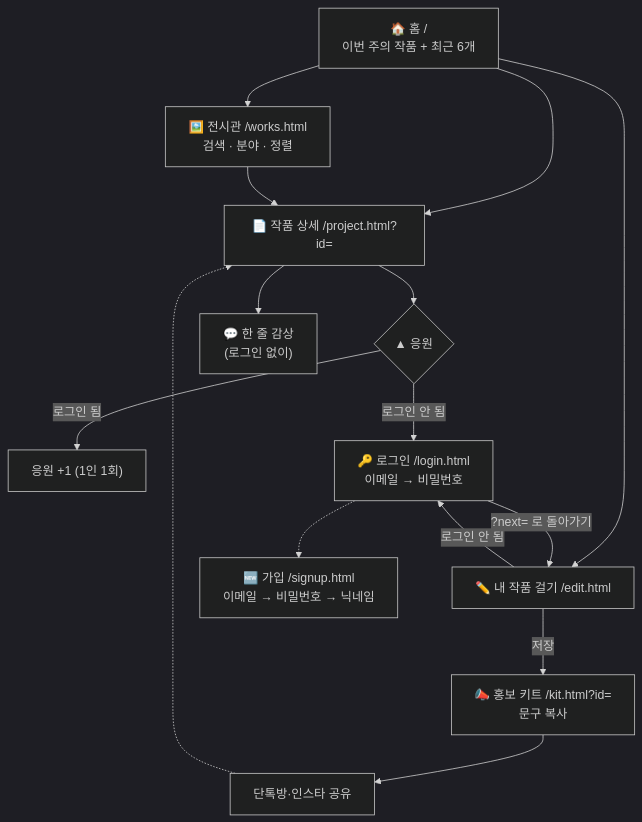
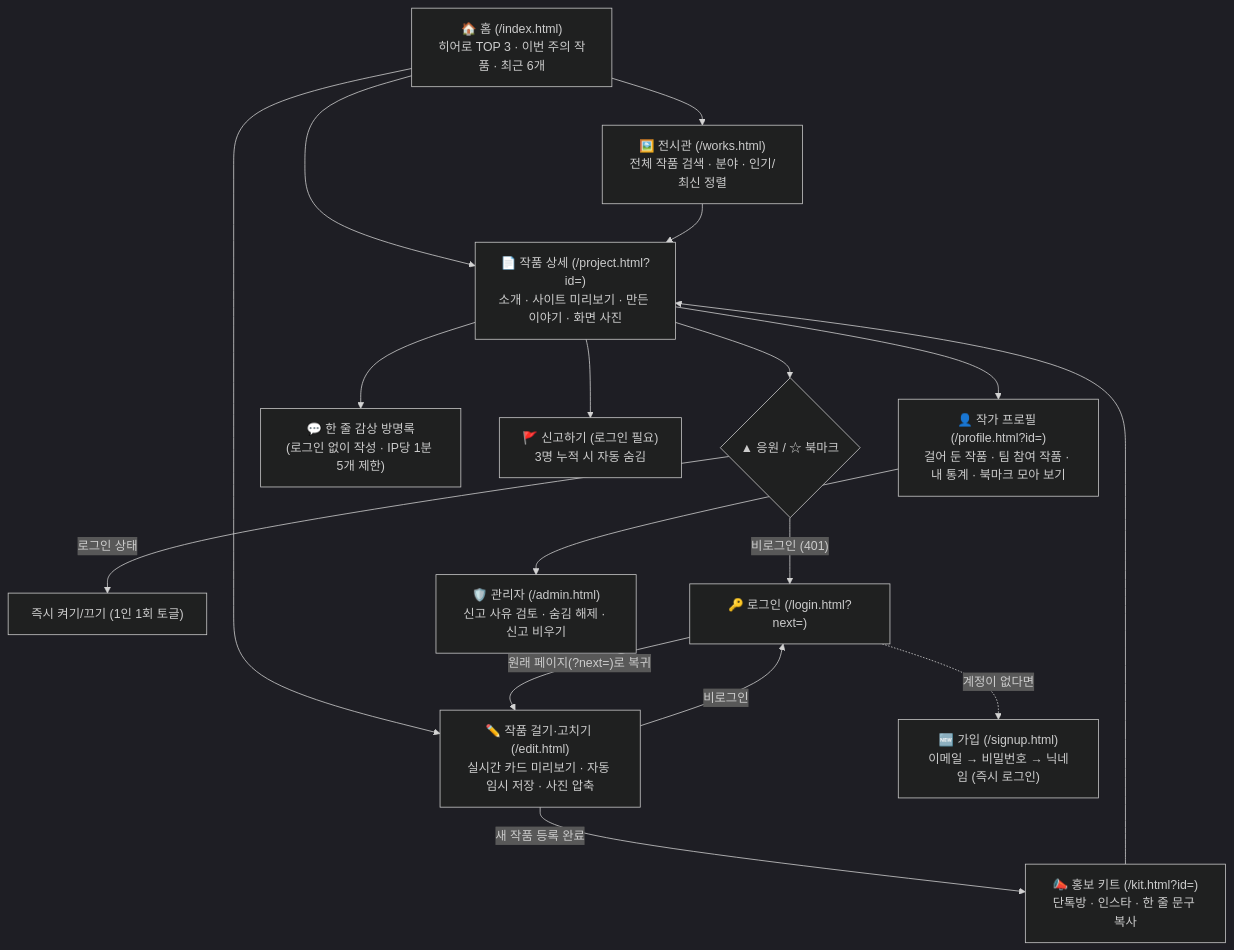
Before and after one commit to 10x4hs/p-art: the second of 9 diagrams in docs/WORKFLOW.md, drawn with Mermaid (dark theme). The commit also changed other lines of this file and 24 other files, not shown here.

````diff
--- a/docs/WORKFLOW.md
+++ b/docs/WORKFLOW.md
@@ -62,18 +67,22 @@
 ```mermaid
 flowchart TD
-  HOME["🏠 홈 /<br/>이번 주의 작품 + 최근 6개"] --> WORKS["🖼️ 전시관 /works.html<br/>검색 · 분야 · 정렬"]
-  HOME --> DETAIL
-  WORKS --> DETAIL["📄 작품 상세 /project.html?id="]
-  DETAIL --> CHEER{"▲ 응원"}
-  CHEER -- 로그인 됨 --> CHEERED["응원 +1 (1인 1회)"]
-  CHEER -- 로그인 안 됨 --> LOGIN
-  DETAIL --> GUEST["💬 한 줄 감상<br/>(로그인 없이)"]
+  HOME["🏠 홈 (/index.html)<br/>히어로 TOP 3 · 이번 주의 작품 · 최근 6개"] --> WORKS["🖼️ 전시관 (/works.html)<br/>전체 작품 검색 · 분야 · 인기/최신 정렬"]
+  HOME --> DETAIL["📄 작품 상세 (/project.html?id=)<br/>소개 · 사이트 미리보기 · 만든 이야기 · 화면 사진"]
+  WORKS --> DETAIL
 
-  HOME --> REG["✏️ 내 작품 걸기 /edit.html"]
-  REG -- 로그인 안 됨 --> LOGIN["🔑 로그인 /login.html<br/>이메일 → 비밀번호"]
-  LOGIN -- "?next= 로 돌아가기" --> REG
-  LOGIN -.-> SIGNUP["🆕 가입 /signup.html<br/>이메일 → 비밀번호 → 닉네임"]
-  REG -- 저장 --> KIT["📣 홍보 키트 /kit.html?id=<br/>문구 복사"]
-  KIT --> SHARE["단톡방·인스타 공유"]
-  SHARE -.-> DETAIL
+  DETAIL --> CHEER{"▲ 응원 / ☆ 북마크"}
+  CHEER -- "로그인 상태" --> TOGGLE["즉시 켜기/끄기 (1인 1회 토글)"]
+  CHEER -- "비로그인 (401)" --> LOGIN["🔑 로그인 (/login.html?next=)"]
+  DETAIL --> GUEST["💬 한 줄 감상 방명록<br/>(로그인 없이 작성 · IP당 1분 5개 제한)"]
+  DETAIL --> REPORT["🚩 신고하기 (로그인 필요)<br/>3명 누적 시 자동 숨김"]
+
+  HOME --> EDIT["✏️ 작품 걸기·고치기 (/edit.html)<br/>실시간 카드 미리보기 · 자동 임시 저장 · 사진 압축"]
+  EDIT -- "비로그인" --> LOGIN
+  LOGIN -- "원래 페이지(?next=)로 복귀" --> EDIT
+  LOGIN -. "계정이 없다면" .-> SIGNUP["🆕 가입 (/signup.html)<br/>이메일 → 비밀번호 → 닉네임 (즉시 로그인)"]
+  EDIT -- "새 작품 등록 완료" --> KIT["📣 홍보 키트 (/kit.html?id=)<br/>단톡방 · 인스타 · 한 줄 문구 복사"]
+  KIT --> DETAIL
+
+  DETAIL --> PROF["👤 작가 프로필 (/profile.html?id=)<br/>걸어 둔 작품 · 팀 참여 작품 · 내 통계 · 북마크 모아 보기"]
+  PROF --> ADMIN["🛡️ 관리자 (/admin.html)<br/>신고 사유 검토 · 숨김 해제 · 신고 비우기"]
 ```
````
